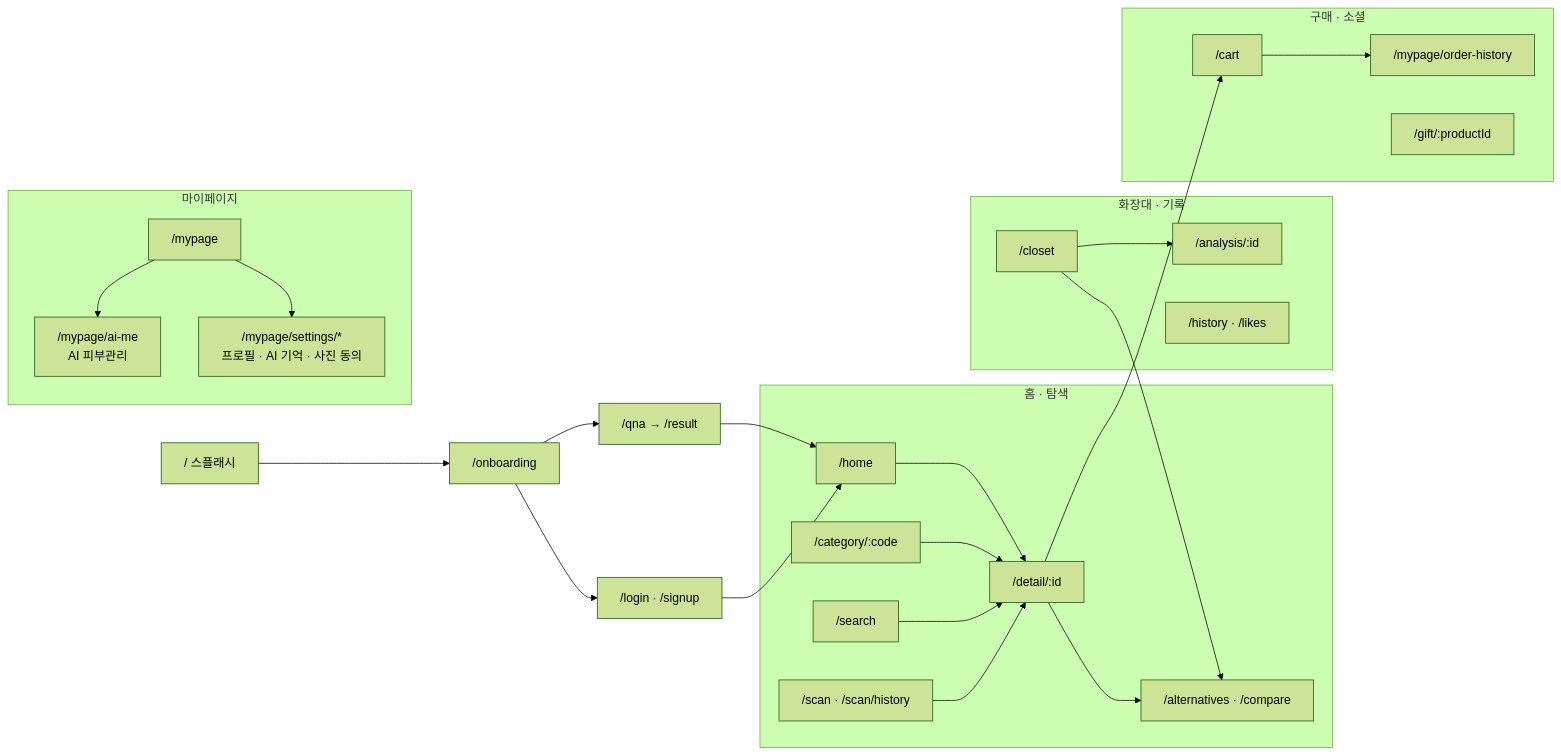
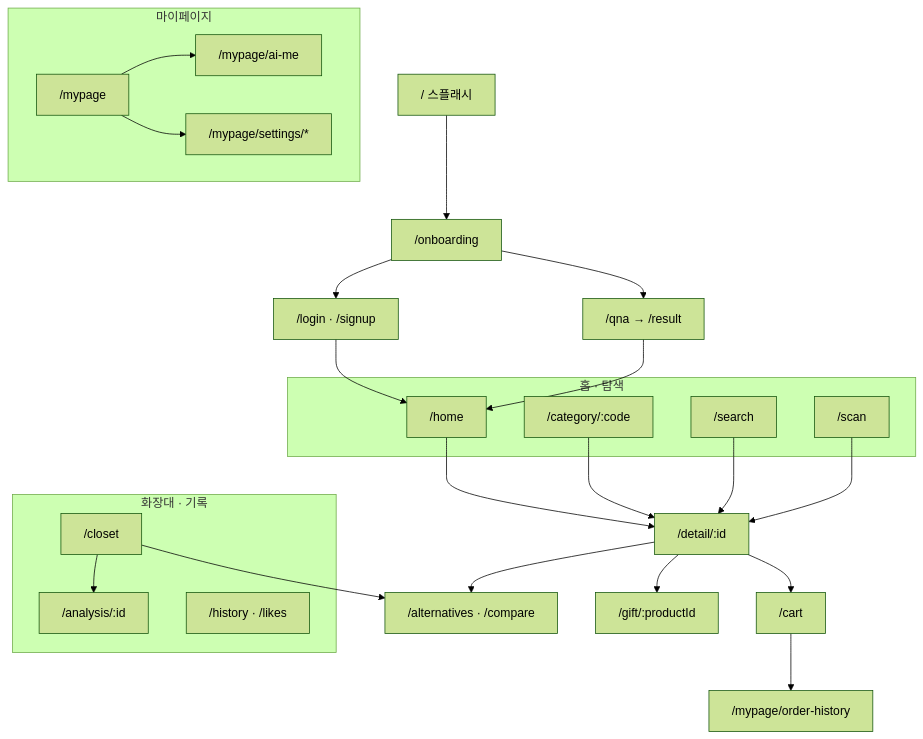
One commit to EunSeong-Jo/capstone changed the seventh of 9 diagrams in docs/architecture/diagrams.md. Above: the diagram before and after it, drawn with Mermaid (forest theme). The commit also changed other lines of this file and 1 other file, not shown here.

````diff
--- a/docs/architecture/diagrams.md
+++ b/docs/architecture/diagrams.md
@@ -245,47 +238,30 @@
 ```mermaid
-flowchart LR
+flowchart TD
     ROOT["/ 스플래시"] --> ONB["/onboarding"]
     ONB --> LOGIN["/login · /signup"]
     ONB --> QNA["/qna → /result"]
+    LOGIN & QNA --> HOME
 
     subgraph HOMEG["홈 · 탐색"]
         HOME["/home"]
         CAT["/category/:code"]
         SEARCH["/search"]
-        SCAN["/scan · /scan/history"]
-        DETAIL["/detail/:id"]
-        ALT["/alternatives · /compare"]
+        SCAN["/scan"]
     end
 
+    HOME & CAT & SEARCH & SCAN --> DETAIL["/detail/:id"]
+    DETAIL --> ALT["/alternatives · /compare"]
+    DETAIL --> CART["/cart"] --> ORDER["/mypage/order-history"]
+    DETAIL --> GIFT["/gift/:productId"]
+
     subgraph CLOSETG["화장대 · 기록"]
-        CLOSET["/closet"]
-        ANAL["/analysis/:id"]
+        CLOSET["/closet"] --> ANAL["/analysis/:id"]
         HIST["/history · /likes"]
     end
-
-    subgraph SHOP["구매 · 소셜"]
-        CART["/cart"]
-        ORDER["/mypage/order-history"]
-        GIFT["/gift/:productId"]
-    end
+    CLOSET --> ALT
 
     subgraph MY["마이페이지"]
-        MYP["/mypage"]
-        AIME["/mypage/ai-me<br/>AI 피부관리"]
-        SET["/mypage/settings/*<br/>프로필 · AI 기억 · 사진 동의"]
+        MYP["/mypage"] --> AIME["/mypage/ai-me"]
+        MYP --> SET["/mypage/settings/*"]
     end
-
-    QNA --> HOME
-    LOGIN --> HOME
-    HOME --> DETAIL
-    CAT --> DETAIL
-    SEARCH --> DETAIL
-    SCAN --> DETAIL
-    DETAIL --> ALT
-    DETAIL --> CART
-    CLOSET --> ANAL
-    CLOSET --> ALT
-    CART --> ORDER
-    MYP --> AIME
-    MYP --> SET
 ```
````
